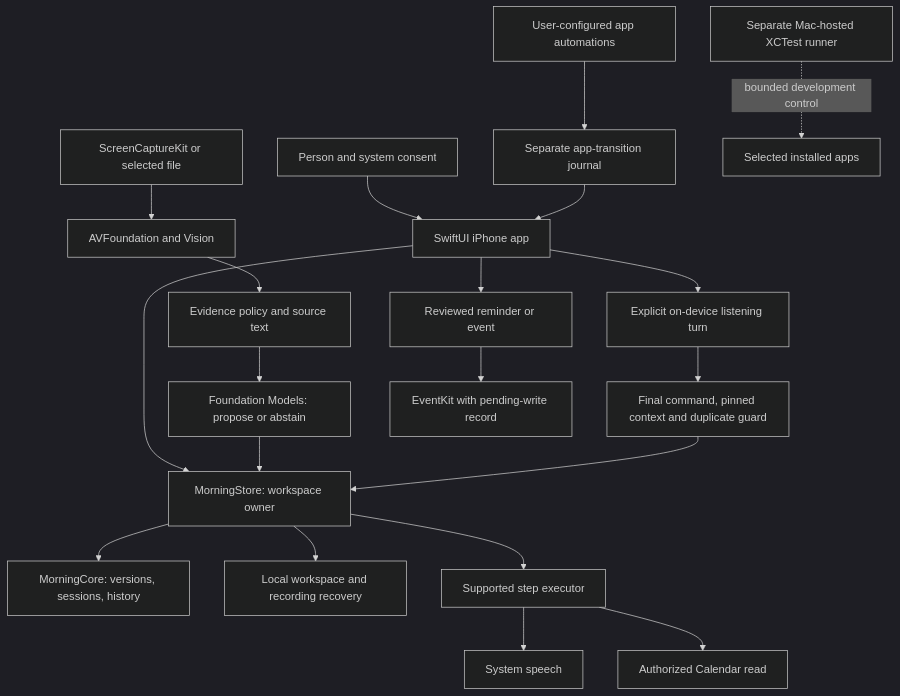
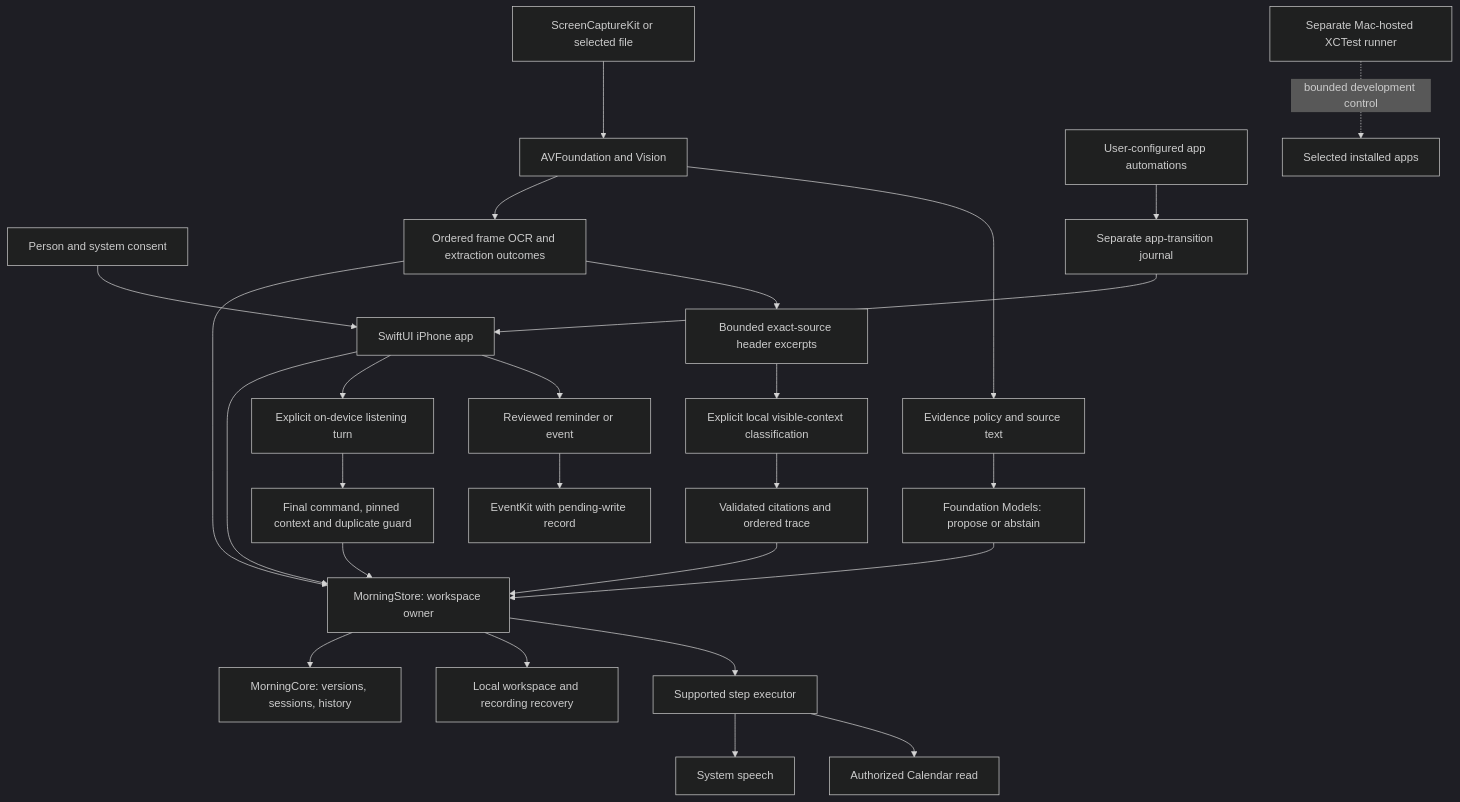
Before and after one commit to gderamchi/morning-operator: the first of 4 diagrams in docs/ARCHITECTURE.md, drawn with Mermaid (dark theme). The commit also changed other lines of this file and 7 other files, not shown here.

````diff
--- a/docs/ARCHITECTURE.md
+++ b/docs/ARCHITECTURE.md
@@ -9,22 +11,28 @@
 ```mermaid
 flowchart TB
     Person["Person and system consent"] --> UI["SwiftUI iPhone app"]
     UI --> Store["MorningStore: workspace owner"]
     Capture["ScreenCaptureKit or selected file"] --> Media["AVFoundation and Vision"]
+    Media --> Frames["Ordered frame OCR and extraction outcomes"]
+    Frames --> Store
+    Frames --> Excerpts["Bounded exact-source header excerpts"]
+    Excerpts --> Context["Explicit local visible-context classification"]
+    Context --> Trace["Validated citations and ordered trace"]
+    Trace --> Store
     Media --> Evidence["Evidence policy and source text"]
     Evidence --> Model["Foundation Models: propose or abstain"]
     Model --> Store
     Store --> Core["MorningCore: versions, sessions, history"]
     Store --> Disk["Local workspace and recording recovery"]
     Store --> Runner["Supported step executor"]
     Runner --> Speech["System speech"]
     UI --> Listener["Explicit on-device listening turn"]
     Listener --> Command["Final command, pinned context and duplicate guard"]
     Command --> Store
     Runner --> Calendar["Authorized Calendar read"]
     UI --> ReviewedSave["Reviewed reminder or event"]
     ReviewedSave --> EventKit["EventKit with pending-write record"]
     Shortcuts["User-configured app automations"] --> Journal["Separate app-transition journal"]
     Journal --> UI
     Harness["Separate Mac-hosted XCTest runner"] -. "bounded development control" .-> OtherApps["Selected installed apps"]
 ```
````
